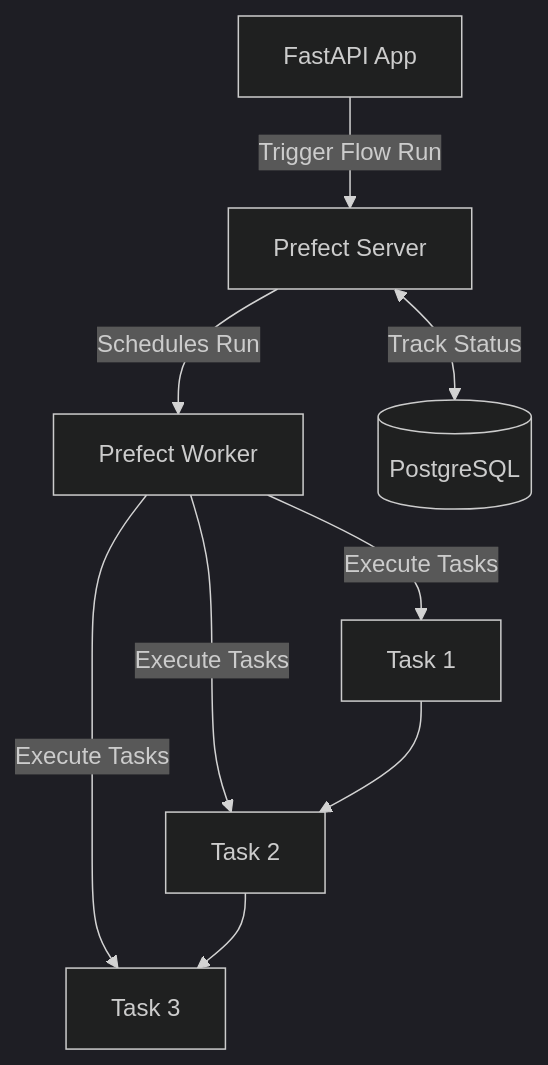
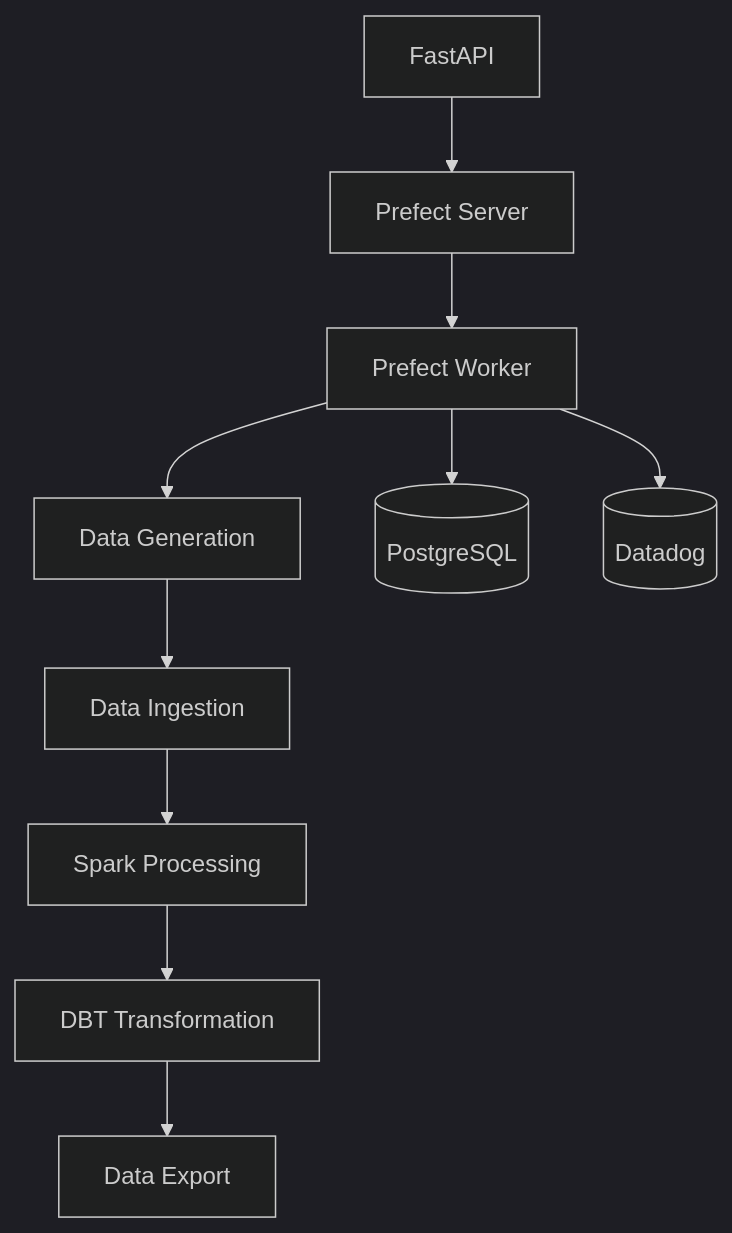
One commit to kyletaylored/datadog-data-jobs changed the diagram in docs/technologies/prefect.md. Above: the diagram before and after it, drawn with Mermaid (dark theme). The commit also changed other lines of this file and 10 other files, not shown here.

````diff
--- a/docs/technologies/prefect.md
+++ b/docs/technologies/prefect.md
@@ -22,10 +22,12 @@
 ```mermaid
-flowchart TB
-    API[FastAPI App] -->|Trigger Flow Run| PS[Prefect Server]
-    PS -->|Schedules Run| PW[Prefect Worker]
-    PS <-->|Track Status| DB[(PostgreSQL)]
-    PW -->|Execute Tasks| T1[Task 1]
-    PW -->|Execute Tasks| T2[Task 2]
-    PW -->|Execute Tasks| T3[Task 3]
-    T1 --> T2 --> T3
+flowchart TD
+    FastAPI --> PrefectServer[Prefect Server]
+    PrefectServer --> PrefectWorker[Prefect Worker]
+    PrefectWorker --> Stage1[Data Generation]
+    Stage1 --> Stage2[Data Ingestion]
+    Stage2 --> Stage3[Spark Processing]
+    Stage3 --> Stage4[DBT Transformation]
+    Stage4 --> Stage5[Data Export]
+    PrefectWorker --> PostgreSQL[(PostgreSQL)]
+    PrefectWorker --> Datadog[(Datadog)]
 ```
````
